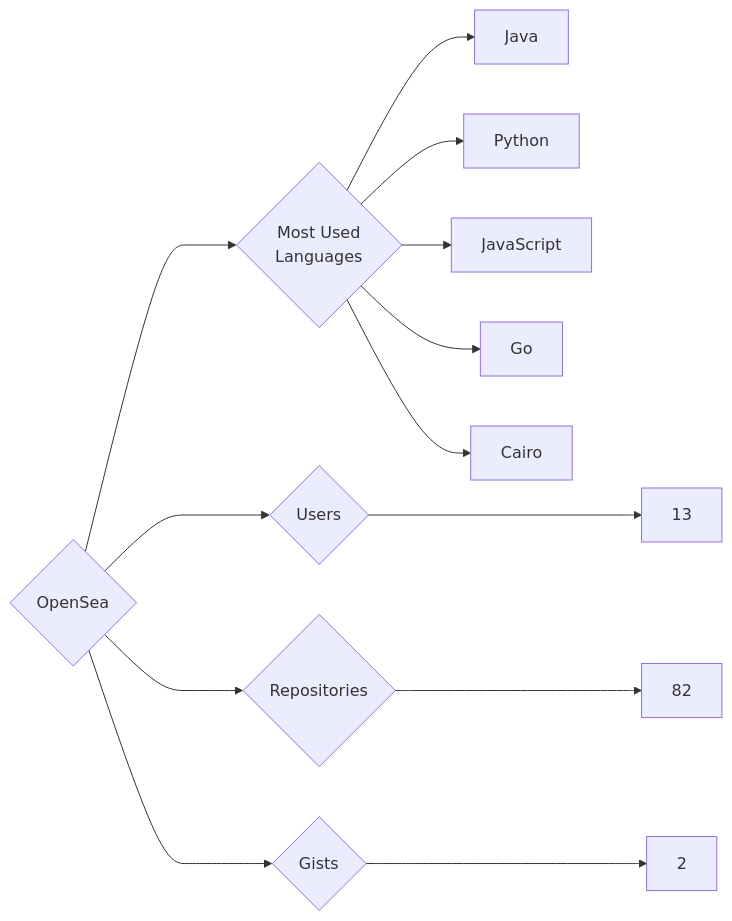
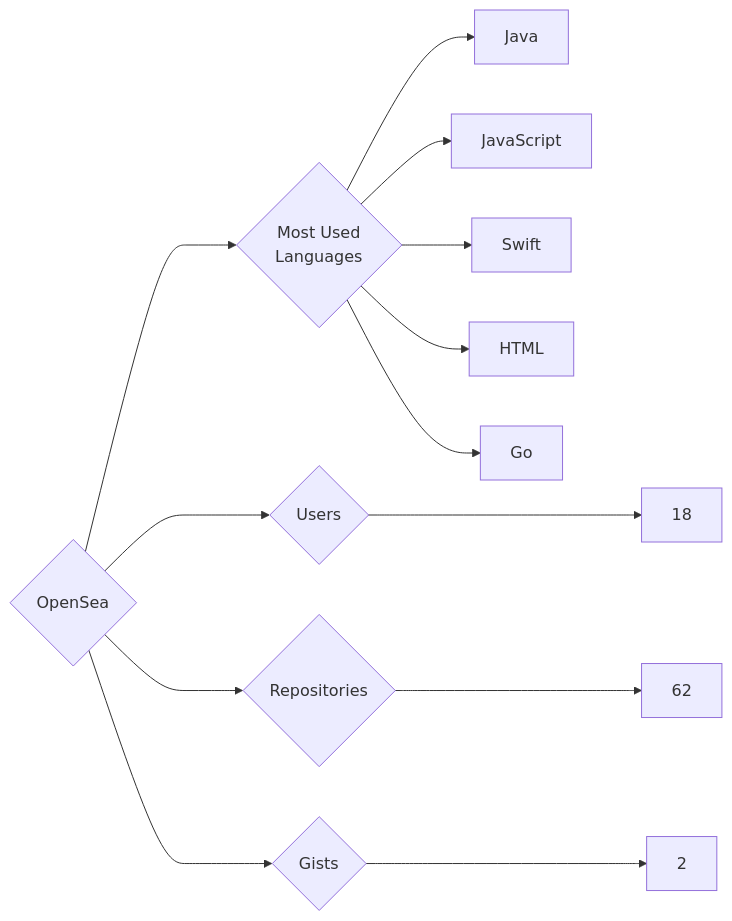
One commit to trickest/insiders changed the diagram in targets/OpenSea/README.md. Above: the diagram before and after it, drawn with Mermaid. The commit also changed 895 other files, not shown here.

````diff
--- a/targets/OpenSea/README.md
+++ b/targets/OpenSea/README.md
@@ -3,13 +3,13 @@
 ```mermaid
 graph LR
 COMPANY_NAME{OpenSea}
-COMPANY_NAME ---> U{Users} ---> UN[13]
-COMPANY_NAME ---> R{Repositories} ---> RN[82]
+COMPANY_NAME ---> U{Users} ---> UN[18]
+COMPANY_NAME ---> R{Repositories} ---> RN[62]
 COMPANY_NAME ---> G{Gists} ---> GN[2]
 COMPANY_NAME ---> ML{Most Used<br>Languages}
 ML --> Java[Java]
-ML --> Python[Python]
 ML --> JavaScript[JavaScript]
+ML --> Swift[Swift]
+ML --> HTML[HTML]
 ML --> Go[Go]
-ML --> Cairo[Cairo]
 ```
````
